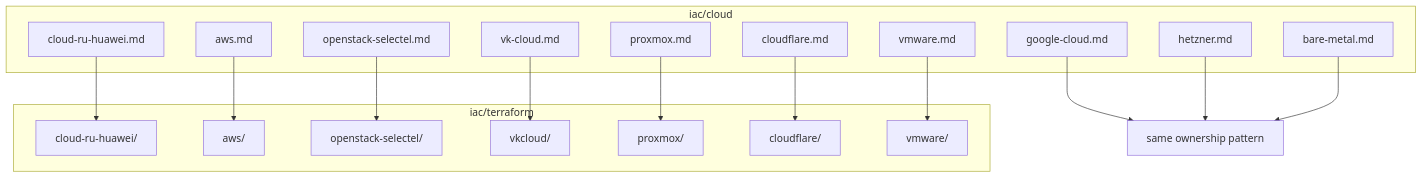
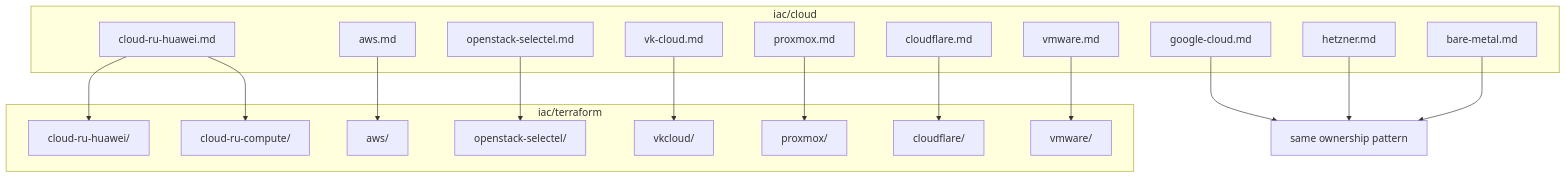
One commit to NarberallGamma/narberall-platform-engineer-lab changed the diagram in iac/cloud/README.md. Above: the diagram before and after it, drawn with Mermaid. The commit also changed other lines of this file and 53 other files, not shown here.

First line of the commit message:
Add sanitized Huawei-class compute catalog for a second cloud.ru estate.

````diff
--- a/iac/cloud/README.md
+++ b/iac/cloud/README.md
@@ -26,34 +26,36 @@
 ```mermaid
 flowchart TB
   subgraph cloud [iac/cloud]
     CR[cloud-ru-huawei.md]
     AWS[aws.md]
     OS[openstack-selectel.md]
     VK[vk-cloud.md]
     PX[proxmox.md]
     CF[cloudflare.md]
     GCP[google-cloud.md]
     HZ[hetzner.md]
     VM[vmware.md]
     BM[bare-metal.md]
   end
   subgraph tf [iac/terraform]
     TFcr[cloud-ru-huawei/]
+    TFcrc[cloud-ru-compute/]
     TFaws[aws/]
     TFos[openstack-selectel/]
     TFvk[vkcloud/]
     TFpx[proxmox/]
     TFcf[cloudflare/]
     TFvm[vmware/]
   end
   CR --> TFcr
+  CR --> TFcrc
   AWS --> TFaws
   OS --> TFos
   VK --> TFvk
   PX --> TFpx
   CF --> TFcf
   VM --> TFvm
   GCP --> Pattern[same ownership pattern]
   HZ --> Pattern
   BM --> Pattern
 ```
````
